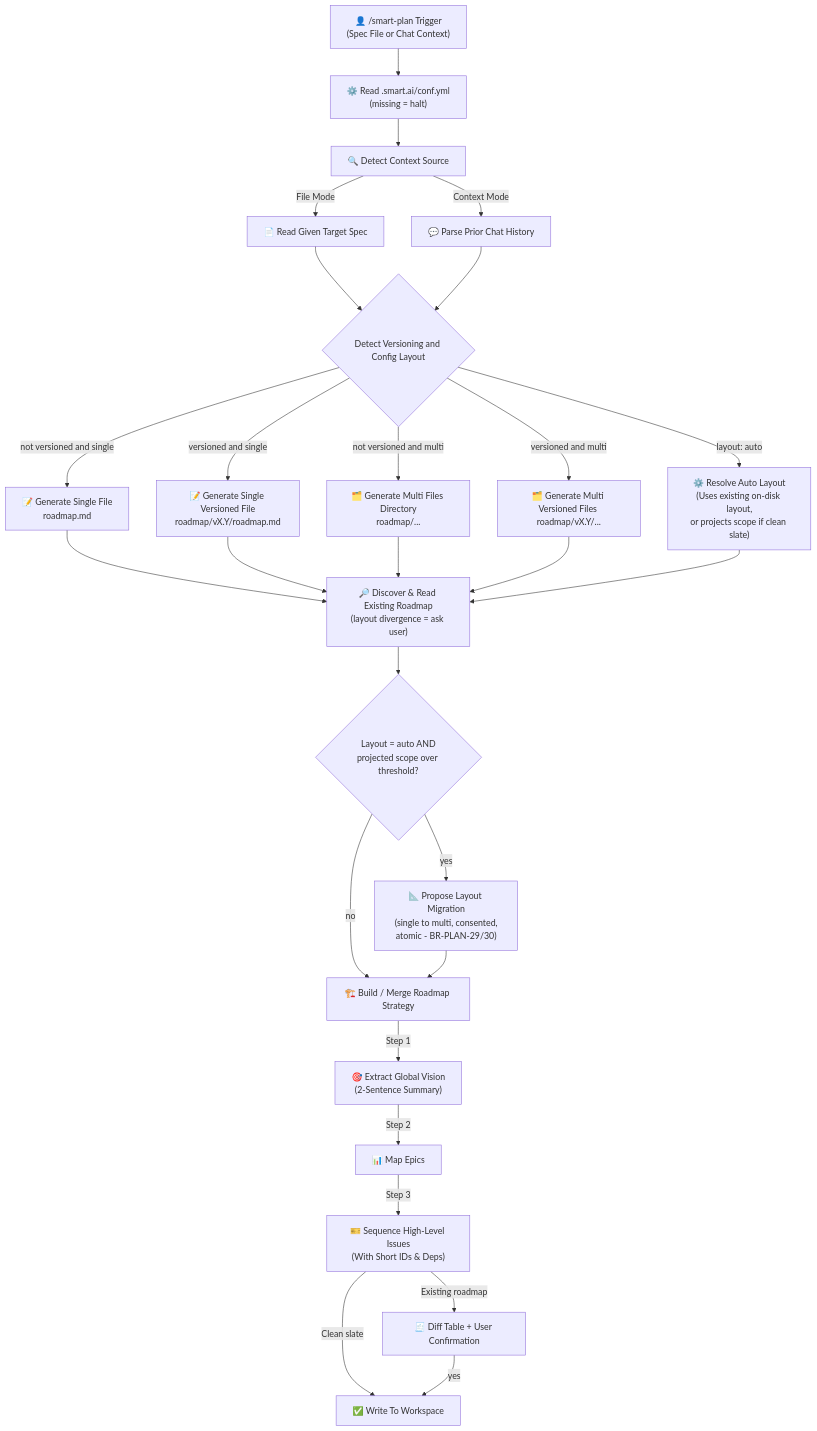
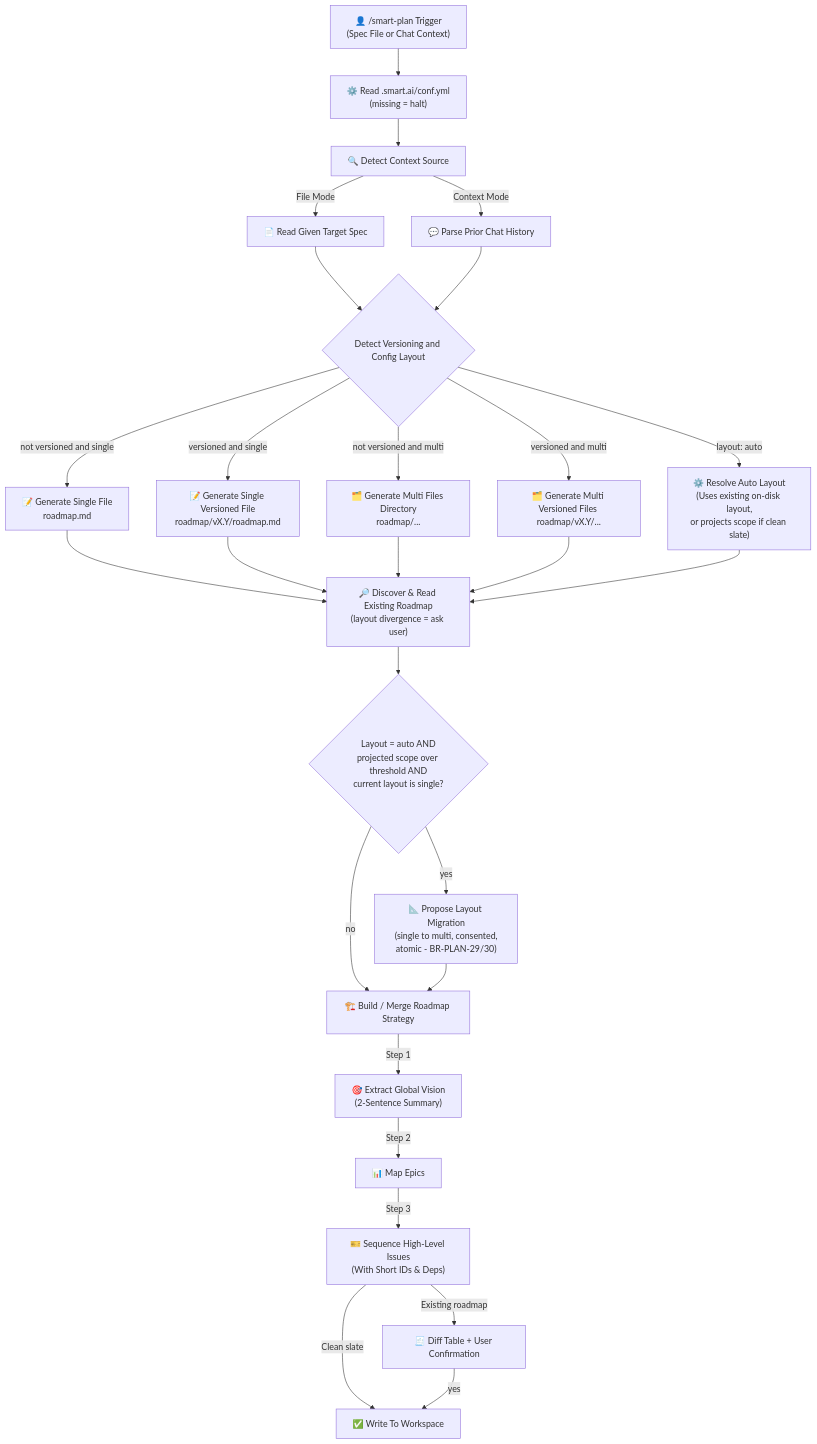
The first of 3 diagrams in docs/specs/smart-plan.md (fletort/smart-ai-factory), drawn with Mermaid before and after one commit. The commit also changed other lines of this file, not shown here.

````diff
--- a/docs/specs/smart-plan.md
+++ b/docs/specs/smart-plan.md
@@ -50,36 +50,36 @@
   ```mermaid
   graph TD
       Input["👤 /smart-plan Trigger<br/>(Spec File or Chat Context)"] --> Config["⚙️ Read .smart.ai/conf.yml<br/>(missing = halt)"]
       Config --> Source["🔍 Detect Context Source"]
 
       Source -->|File Mode| ReadFile["📄 Read Given Target Spec"]
       Source -->|Context Mode| ReadChat["💬 Parse Prior Chat History"]
 
       ReadFile --> Strategy{"Detect Versioning and Config Layout"}
       ReadChat --> Strategy
 
       Strategy -->|not versioned and single| Single["📝 Generate Single File<br/>roadmap.md"]
       Strategy -->|versioned and single| SingleVer["📝 Generate Single Versioned File<br/>roadmap/vX.Y/roadmap.md"]
       Strategy -->|not versioned and multi| Multi["🗂️ Generate Multi Files Directory<br/>roadmap/..."]
       Strategy -->|versioned and multi| MultiVer["🗂️ Generate Multi Versioned Files <br/>roadmap/vX.Y/..."]
       Strategy -->|layout: auto| ResolveAuto["⚙️ Resolve Auto Layout<br/>(Uses existing on-disk layout,<br/>or projects scope if clean slate)"]
 
       Single --> Discover["🔎 Discover & Read Existing Roadmap<br/>(layout divergence = ask user)"]
       SingleVer --> Discover
       Multi --> Discover
       MultiVer --> Discover
       ResolveAuto --> Discover
 
-      Discover --> LayoutEval{"Layout = auto AND<br/>projected scope over threshold?"}
+      Discover --> LayoutEval{"Layout = auto AND<br/>projected scope over threshold AND<br/>current layout is single?"}
       LayoutEval -->|yes| ProposeLayout["📐 Propose Layout Migration<br/>(single to multi, consented,<br/>atomic - BR-PLAN-29/30)"]
       LayoutEval -->|no| Process["🏗️ Build / Merge Roadmap Strategy"]
       ProposeLayout --> Process
 
       Process -->|Step 1| Vision["🎯 Extract Global Vision<br/>(2-Sentence Summary)"]
       Vision -->|Step 2| Epics["📊 Map Epics"]
       Epics -->|Step 3| Issues["🎫 Sequence High-Level Issues<br/>(With Short IDs & Deps)"]
 
       Issues -->|Clean slate| Output["✅ Write To Workspace"]
       Issues -->|Existing roadmap| Confirm["🧾 Diff Table + User Confirmation"]
       Confirm -->|yes| Output
   ```
````
